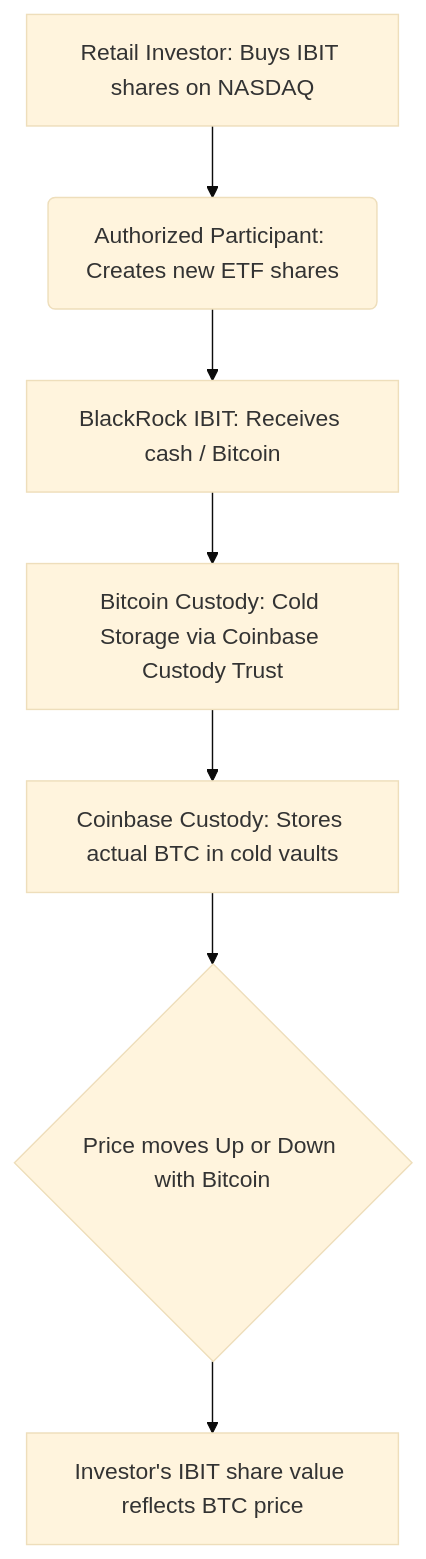
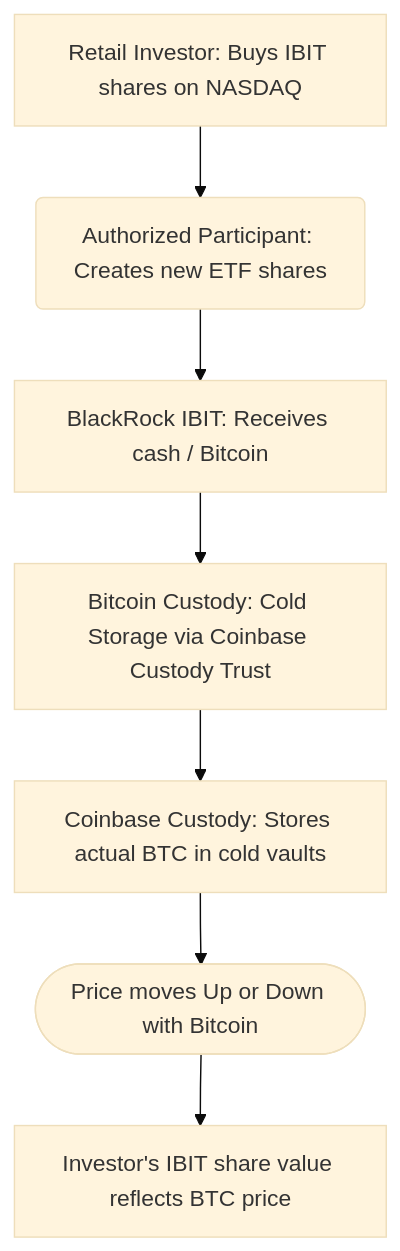
One commit to annabraun015-stack/krypto-watch changed the diagram in src/content/blog/en/bitcoin-etf-institutional-revolution.mdx. Above: the diagram before and after it, drawn with Mermaid (base theme). The commit also changed other lines of this file and 53 other files, not shown here.

```diff
--- a/src/content/blog/en/bitcoin-etf-institutional-revolution.mdx
+++ b/src/content/blog/en/bitcoin-etf-institutional-revolution.mdx
@@ -66,9 +66,9 @@
 <div class="mermaid">
 graph TD
     A[Retail Investor: Buys IBIT shares on NASDAQ] --> B(Authorized Participant: Creates new ETF shares)
     B --> C[BlackRock IBIT: Receives cash / Bitcoin]
     C --> D[Bitcoin Custody: Cold Storage via Coinbase Custody Trust]
     D --> E[Coinbase Custody: Stores actual BTC in cold vaults]
-    E --> F{Price moves Up or Down with Bitcoin}
+    E --> F([Price moves Up or Down with Bitcoin])
     F --> G[Investor's IBIT share value reflects BTC price]
 </div>
```
